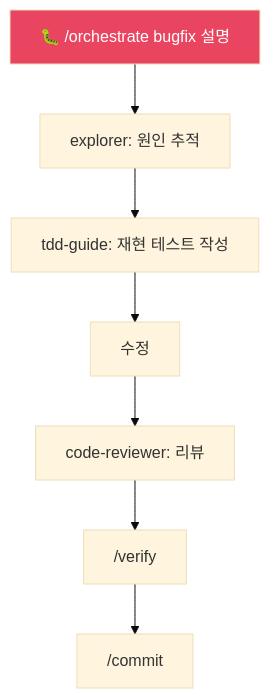
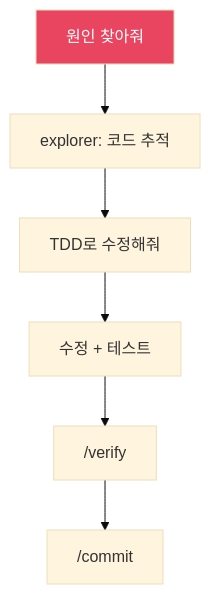
Before and after one commit to wooinwoo/claude-code: the fourth of 8 diagrams in docs/react-next-guide.md, drawn with Mermaid (base theme). The commit also changed other lines of this file and 47 other files, not shown here.

````diff
--- a/docs/react-next-guide.md
+++ b/docs/react-next-guide.md
@@ -220,11 +119,10 @@
 ```mermaid
 flowchart TD
-    A["🐛 /orchestrate bugfix 설명"] --> B["explorer: 원인 추적"]
-    B --> C["tdd-guide: 재현 테스트 작성"]
-    C --> D["수정"]
-    D --> E["code-reviewer: 리뷰"]
-    E --> F["/verify"]
-    F --> G["/commit"]
+    A["원인 찾아줘"] --> B["explorer: 코드 추적"]
+    B --> C["TDD로 수정해줘"]
+    C --> D["수정 + 테스트"]
+    D --> E["/verify"]
+    E --> F["/commit"]
 
     style A fill:#e94560,color:#fff
 ```
````
